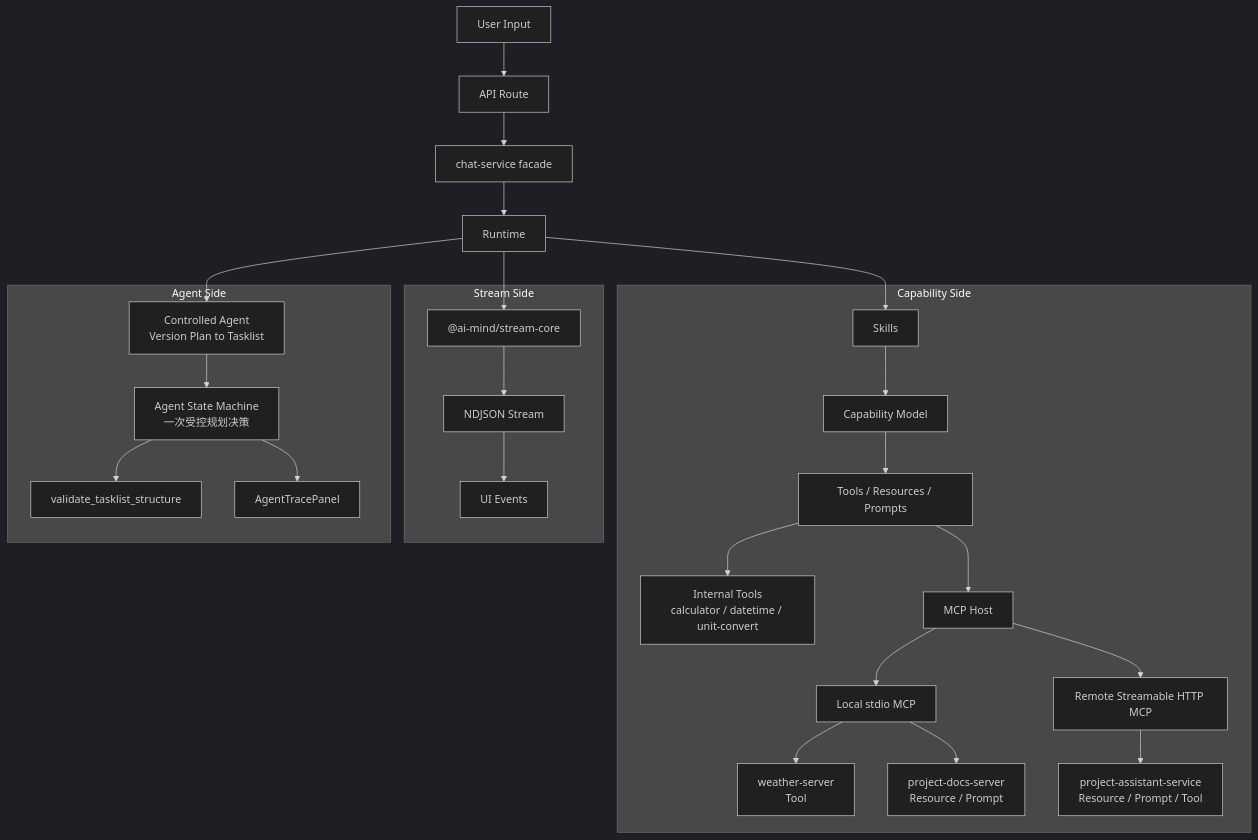
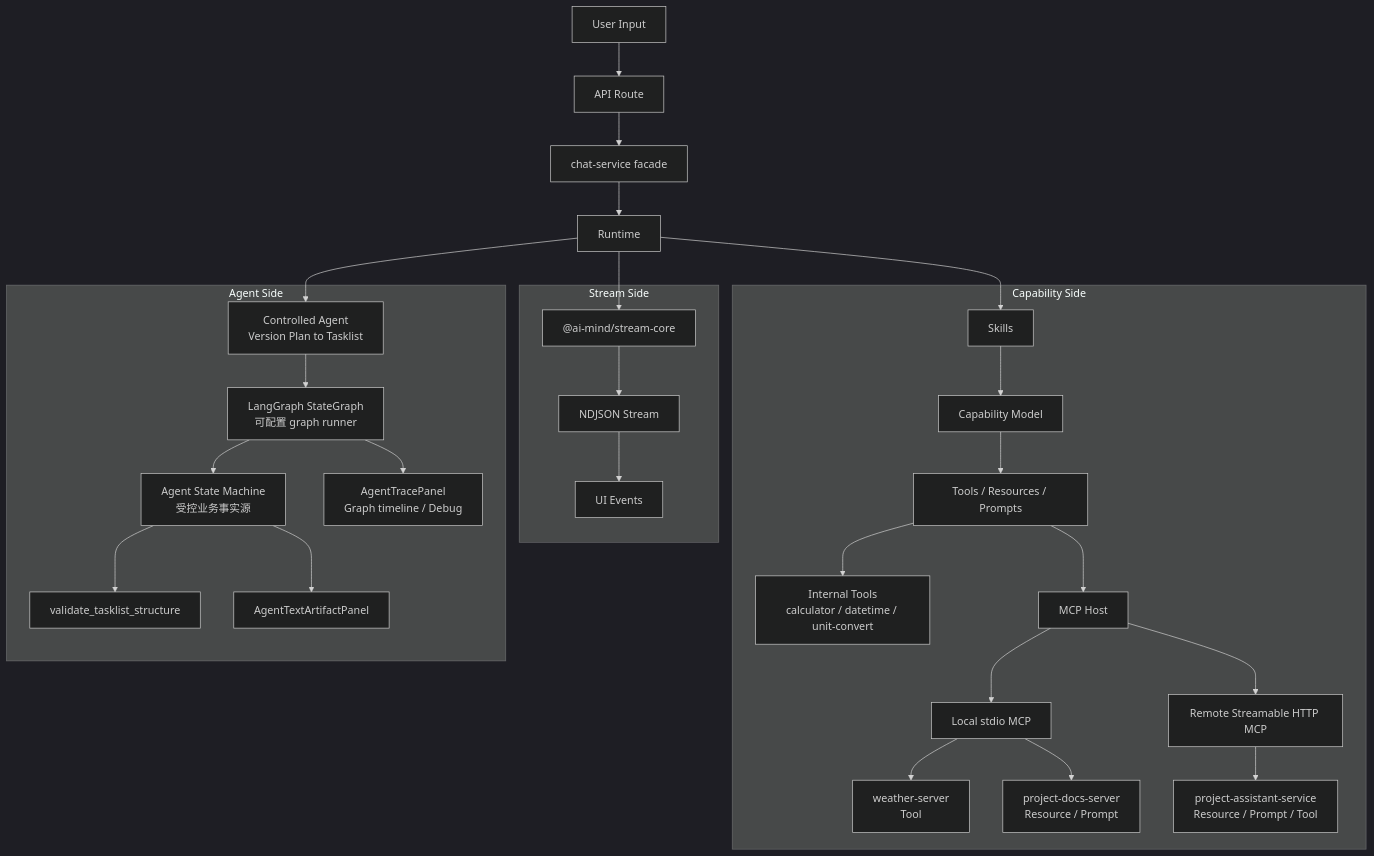
Before and after one commit to HWYD/ai-mind: the diagram in README.md, drawn with Mermaid (dark theme). The commit also changed other lines of this file and 67 other files, not shown here.

Commit message:
feat(app): ✨  受控 Agent 从手写 runner 迁移到 LangGraph

````diff
--- a/README.md
+++ b/README.md
@@ -56,33 +58,35 @@
 ```mermaid
 flowchart TD
     A["User Input"] --> B["API Route"]
     B --> C["chat-service facade"]
     C --> D["Runtime"]
 
     subgraph Capability["Capability Side"]
         S["Skills"] --> CM["Capability Model"]
         CM --> CAP["Tools / Resources / Prompts"]
         CAP --> IT["Internal Tools<br/>calculator / datetime / unit-convert"]
         CAP --> MCP["MCP Host"]
         MCP --> LM["Local stdio MCP"]
         LM --> W["weather-server<br/>Tool"]
         LM --> PD["project-docs-server<br/>Resource / Prompt"]
         MCP --> RM["Remote Streamable HTTP MCP"]
         RM --> PAS["project-assistant-service<br/>Resource / Prompt / Tool"]
     end
 
     subgraph Stream["Stream Side"]
         SC["@ai-mind/stream-core"] --> NS["NDJSON Stream"]
         NS --> UI["UI Events"]
     end
 
     subgraph Agent["Agent Side"]
-        AG["Controlled Agent<br/>Version Plan to Tasklist"] --> AS["Agent State Machine<br/>一次受控规划决策"]
+        AG["Controlled Agent<br/>Version Plan to Tasklist"] --> GR["LangGraph StateGraph<br/>可配置 graph runner"]
+        GR --> AS["Agent State Machine<br/>受控业务事实源"]
         AS --> QG["validate_tasklist_structure"]
-        AS --> AT["AgentTracePanel"]
+        GR --> AT["AgentTracePanel<br/>Graph timeline / Debug"]
+        AS --> ART["AgentTextArtifactPanel"]
     end
 
     D --> S
     D --> SC
     D --> AG
 ```
````
